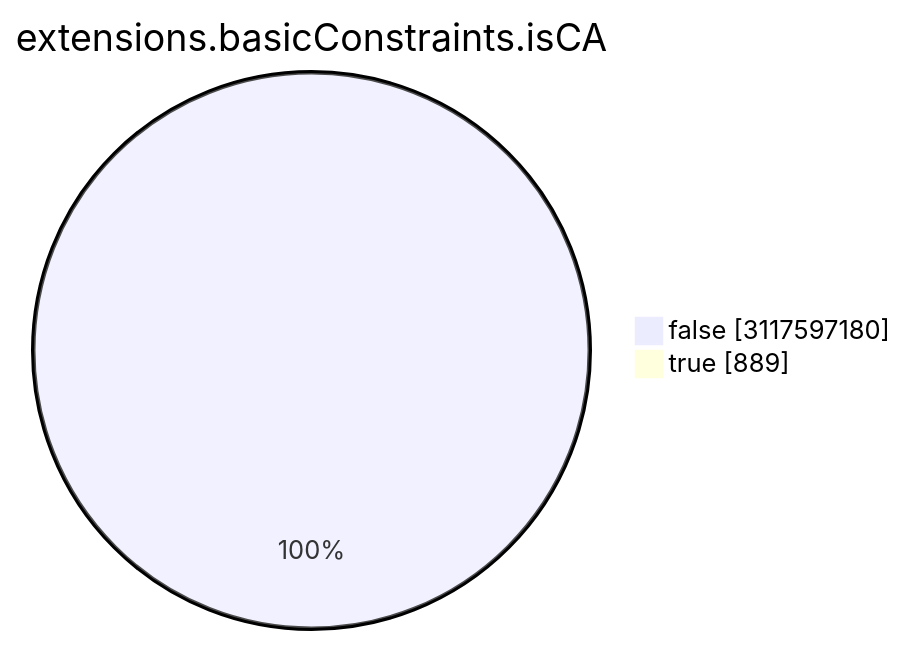
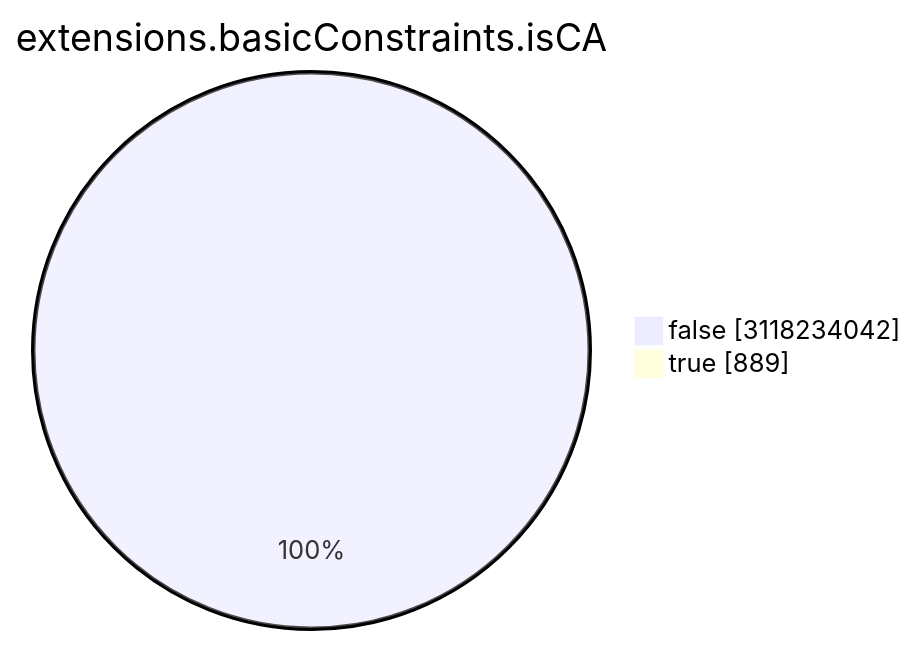
Before and after one commit to christiankrug/ctmonitor_visualization: the seventh of 15 diagrams in TOTAL/README.md, drawn with Mermaid. The commit also changed other lines of this file, not shown here.

````diff
--- a/TOTAL/README.md
+++ b/TOTAL/README.md
@@ -3088,6 +3088,6 @@
 ```mermaid
 pie showData
 title extensions.basicConstraints.isCA
-"false" :3117597180
+"false" :3118234042
 "true" :889
 ```
````
